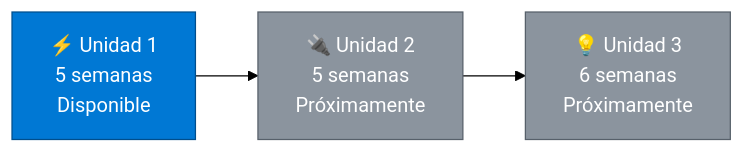
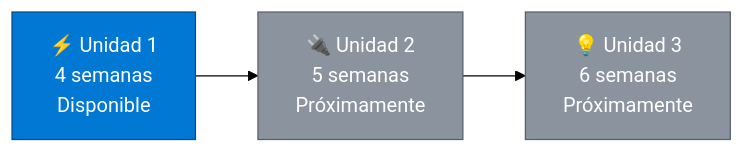
The diagram in Portada.md (manuelponcearmijos-lgtm/cuadernoDisenoCircuitos), drawn with Mermaid (forest theme) before and after one commit. The commit also changed other lines of this file and 2 other files, not shown here.

````diff
--- a/Portada.md
+++ b/Portada.md
@@ -82,9 +82,9 @@
 ```mermaid
 flowchart LR
-    U1["⚡ Unidad 1<br/>5 semanas<br/>Disponible"] --> U2["🔌 Unidad 2<br/>5 semanas<br/>Próximamente"]
+    U1["⚡ Unidad 1<br/>4 semanas<br/>Disponible"] --> U2["🔌 Unidad 2<br/>5 semanas<br/>Próximamente"]
     U2 --> U3["💡 Unidad 3<br/>6 semanas<br/>Próximamente"]
     classDef lista fill:#0078D4,stroke:#004E8C,color:#ffffff
     classDef pronto fill:#8B949E,stroke:#57606A,color:#ffffff
     class U1 lista
     class U2,U3 pronto
 ```
````
